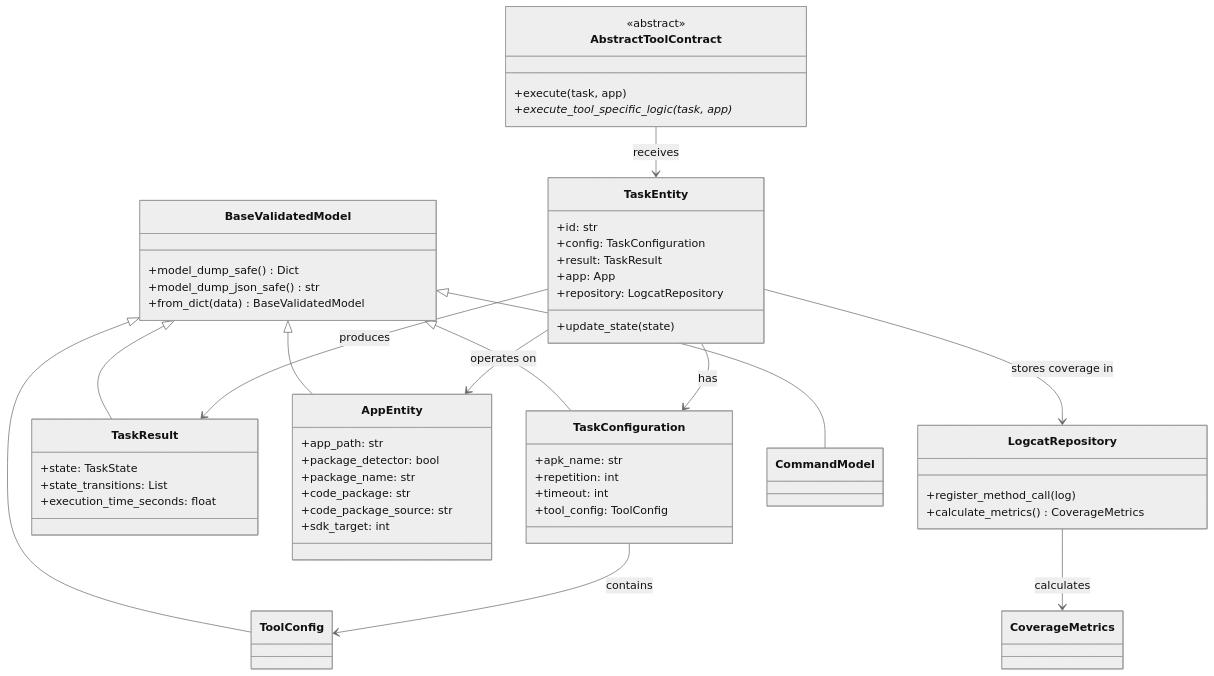
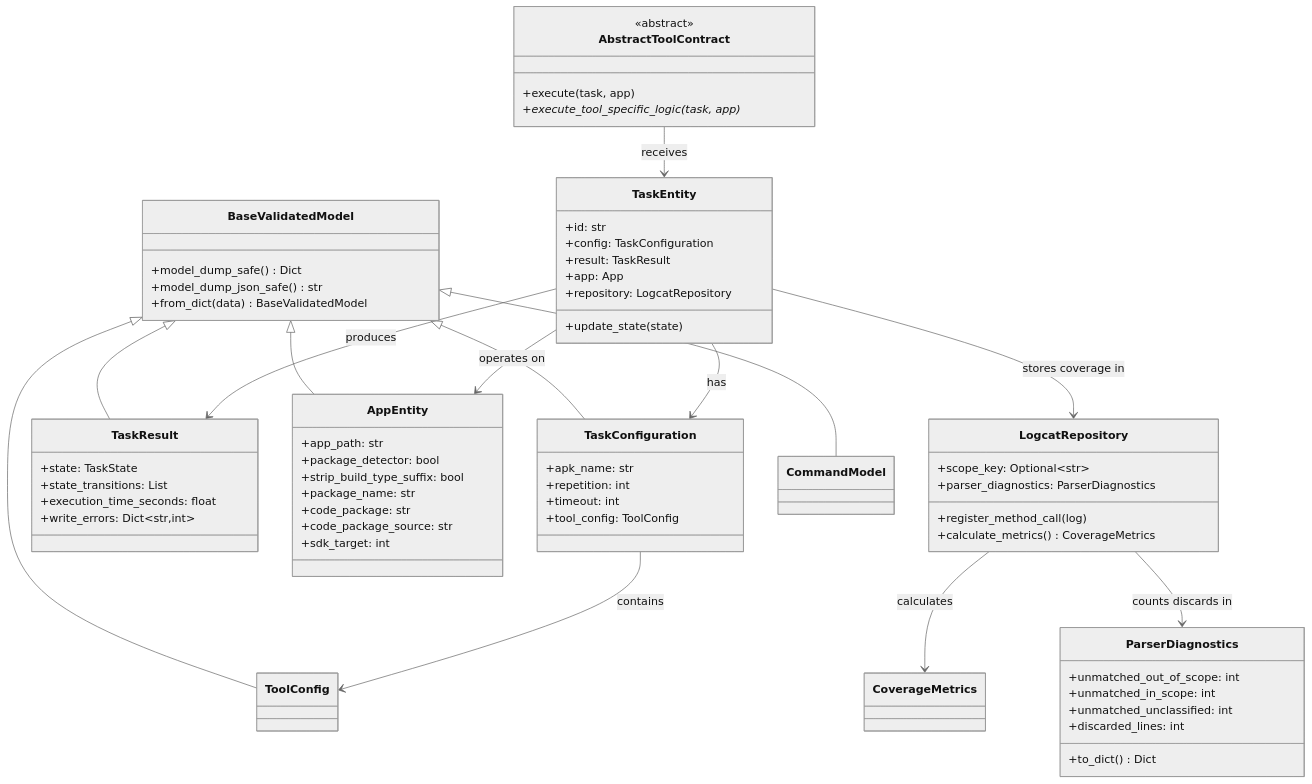
One commit to PAMunb/rvsec changed the second of 9 diagrams in rv-android/modules/rv-android-core/docs/architecture.md. Above: the diagram before and after it, drawn with Mermaid. The commit also changed other lines of this file and 99 other files, not shown here.

````diff
--- a/rv-android/modules/rv-android-core/docs/architecture.md
+++ b/rv-android/modules/rv-android-core/docs/architecture.md
@@ -253,65 +264,78 @@
 ```mermaid
 %%{init: {'theme': 'neutral'}}%%
 classDiagram
     class BaseValidatedModel {
         +model_dump_safe() Dict
         +model_dump_json_safe() str
         +from_dict(data) BaseValidatedModel
     }
 
     class TaskEntity {
         +id: str
         +config: TaskConfiguration
         +result: TaskResult
         +app: App
         +repository: LogcatRepository
         +update_state(state)
     }
 
     class TaskConfiguration {
         +apk_name: str
         +repetition: int
         +timeout: int
         +tool_config: ToolConfig
     }
 
     class TaskResult {
         +state: TaskState
         +state_transitions: List
         +execution_time_seconds: float
+        +write_errors: Dict~str,int~
     }
 
     class AppEntity {
         +app_path: str
         +package_detector: bool
+        +strip_build_type_suffix: bool
         +package_name: str
         +code_package: str
         +code_package_source: str
         +sdk_target: int
     }
 
     class LogcatRepository {
+        +scope_key: Optional~str~
+        +parser_diagnostics: ParserDiagnostics
         +register_method_call(log)
         +calculate_metrics() CoverageMetrics
+    }
+
+    class ParserDiagnostics {
+        +unmatched_out_of_scope: int
+        +unmatched_in_scope: int
+        +unmatched_unclassified: int
+        +discarded_lines: int
+        +to_dict() Dict
     }
 
     class AbstractToolContract {
         <<abstract>>
         +execute(task, app)
         +execute_tool_specific_logic(task, app)*
     }
 
     BaseValidatedModel <|-- TaskConfiguration
     BaseValidatedModel <|-- TaskResult
     BaseValidatedModel <|-- AppEntity
     BaseValidatedModel <|-- ToolConfig
     BaseValidatedModel <|-- CommandModel
 
     TaskEntity --> TaskConfiguration : has
     TaskEntity --> TaskResult : produces
     TaskEntity --> AppEntity : operates on
     TaskEntity --> LogcatRepository : stores coverage in
     TaskConfiguration --> ToolConfig : contains
     LogcatRepository --> CoverageMetrics : calculates
+    LogcatRepository --> ParserDiagnostics : counts discards in
     AbstractToolContract --> TaskEntity : receives
 ```
````
